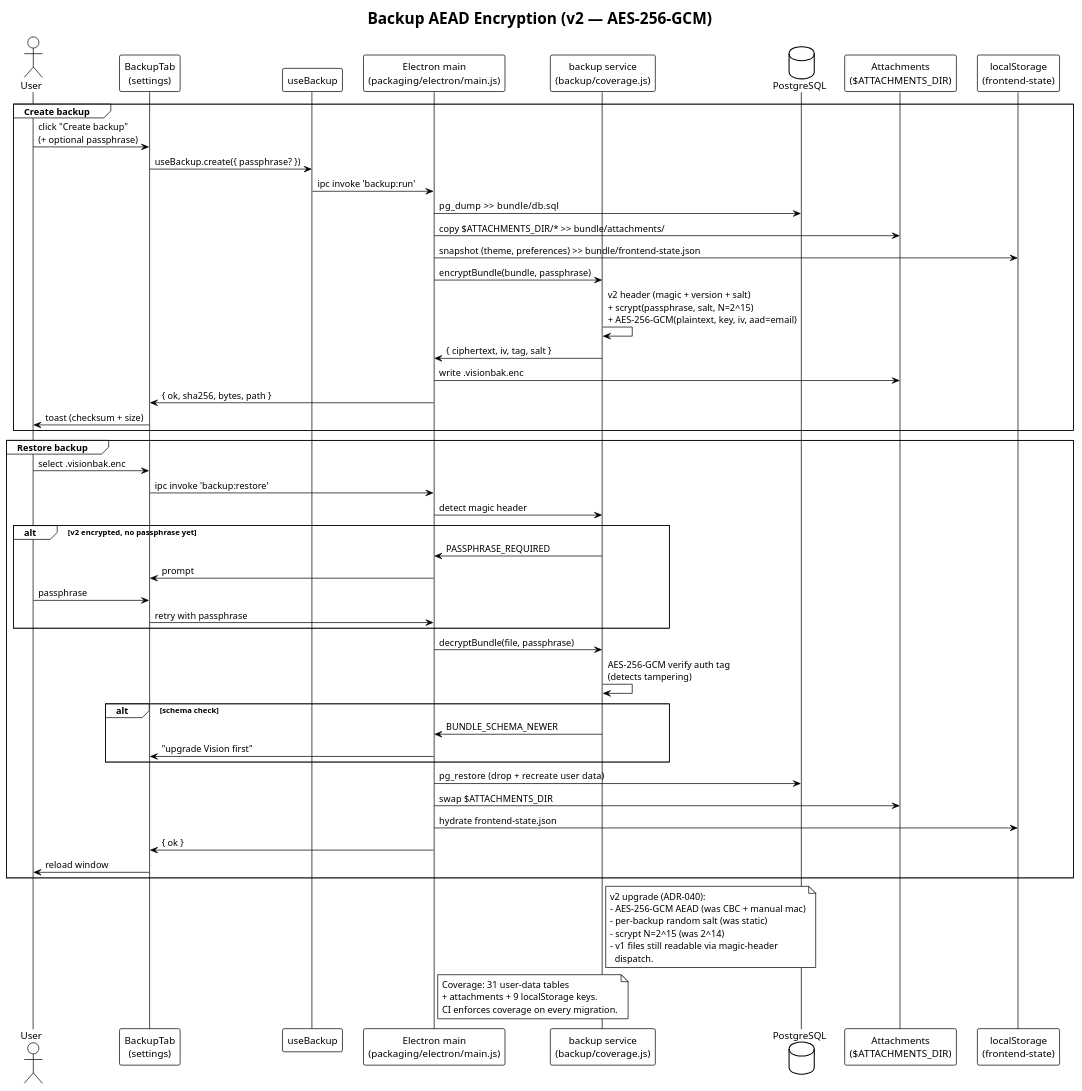
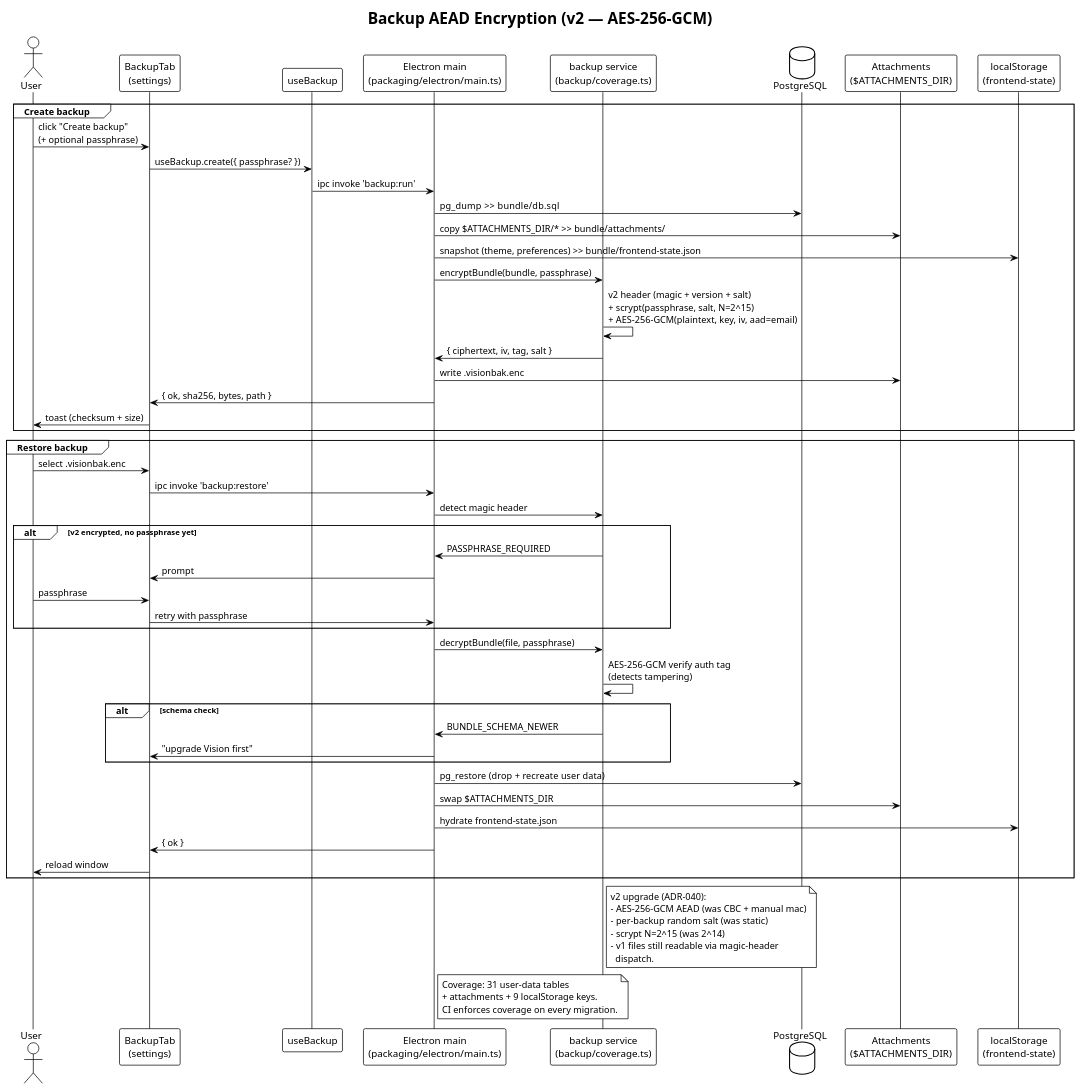
One commit to EraPartner/Vision changed the diagram in docs/diagrams/backup-aead-encryption.puml. Above: the diagram before and after it, drawn with PlantUML. The commit also changed 191 other files, not shown here.

```diff
--- a/docs/diagrams/backup-aead-encryption.puml
+++ b/docs/diagrams/backup-aead-encryption.puml
@@ -1,71 +1,71 @@
 @startuml Backup AEAD Encryption (v2)
 title Backup AEAD Encryption (v2 — AES-256-GCM)
 
 !theme plain
 skinparam participantSpacing 10
 skinparam ranksep 50
 
 actor "User" as User
 
 participant "BackupTab\n(settings)" as UI
 participant "useBackup" as Hook
-participant "Electron main\n(packaging/electron/main.js)" as Main
-participant "backup service\n(backup/coverage.js)" as Backup
+participant "Electron main\n(packaging/electron/main.ts)" as Main
+participant "backup service\n(backup/coverage.ts)" as Backup
 database  "PostgreSQL" as DB
 participant "Attachments\n($ATTACHMENTS_DIR)" as Files
 participant "localStorage\n(frontend-state)" as LS
 
 group Create backup
   User -> UI : click "Create backup"\n(+ optional passphrase)
   UI -> Hook : useBackup.create({ passphrase? })
   Hook -> Main : ipc invoke 'backup:run'
   Main -> DB   : pg_dump  >>  bundle/db.sql
   Main -> Files: copy $ATTACHMENTS_DIR/* >> bundle/attachments/
   Main -> LS   : snapshot (theme, preferences) >> bundle/frontend-state.json
   Main -> Backup: encryptBundle(bundle, passphrase)
   Backup -> Backup : v2 header (magic + version + salt)\n+ scrypt(passphrase, salt, N=2^15)\n+ AES-256-GCM(plaintext, key, iv, aad=email)
   Backup -> Main : { ciphertext, iv, tag, salt }
   Main -> Files : write .visionbak.enc
   Main -> UI    : { ok, sha256, bytes, path }
   UI -> User    : toast (checksum + size)
 end
 
 group Restore backup
   User -> UI    : select .visionbak.enc
   UI -> Main    : ipc invoke 'backup:restore'
   Main -> Backup: detect magic header
   alt v2 encrypted, no passphrase yet
     Backup -> Main : PASSPHRASE_REQUIRED
     Main -> UI     : prompt
     User -> UI     : passphrase
     UI -> Main     : retry with passphrase
   end
   Main -> Backup : decryptBundle(file, passphrase)
   Backup -> Backup : AES-256-GCM verify auth tag\n(detects tampering)
   alt schema check
     Backup -> Main : BUNDLE_SCHEMA_NEWER
     Main -> UI     : "upgrade Vision first"
   end
   Main -> DB    : pg_restore  (drop + recreate user data)
   Main -> Files : swap $ATTACHMENTS_DIR
   Main -> LS    : hydrate frontend-state.json
   Main -> UI    : { ok }
   UI -> User    : reload window
 end
 
 note right of Backup
   v2 upgrade (ADR-040):
   - AES-256-GCM AEAD (was CBC + manual mac)
   - per-backup random salt (was static)
   - scrypt N=2^15 (was 2^14)
   - v1 files still readable via magic-header
     dispatch.
 end note
 
 note right of Main
   Coverage: 31 user-data tables
   + attachments + 9 localStorage keys.
   CI enforces coverage on every migration.
 end note
 
 @enduml
```
